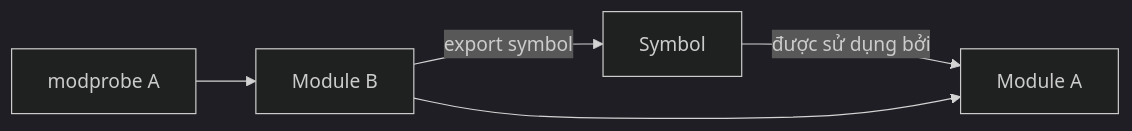
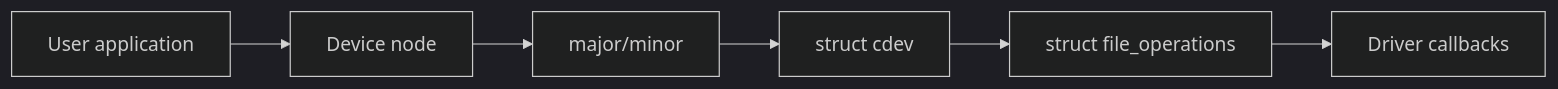
Before and after one commit to KhanhVD-1704/week6-kernermodule-devicedrive: the third of 3 diagrams in built-module/theory/README.md, drawn with Mermaid. The commit also changed other lines of this file and 4 other files, not shown here.

````diff
--- a/built-module/theory/README.md
+++ b/built-module/theory/README.md
@@ -343,7 +169,12 @@
 ```mermaid
 %%{init: {"theme": "dark"}}%%
 flowchart LR
-    B["Module B"] -->|"export symbol"| SYMBOL["Symbol"]
-    SYMBOL -->|"được sử dụng bởi"| A["Module A"]
-    MODPROBE["modprobe A"] --> B --> A
+    APP["User application"]
+    NODE["Device node"]
+    NUMBER["major/minor"]
+    CDEV["struct cdev"]
+    FOPS["struct file_operations"]
+    CALLBACK["Driver callbacks"]
+
+    APP --> NODE --> NUMBER --> CDEV --> FOPS --> CALLBACK
 ```
````
